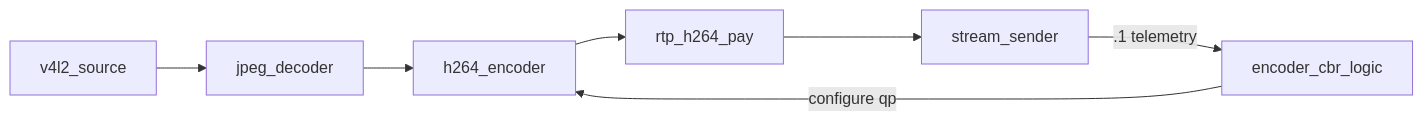
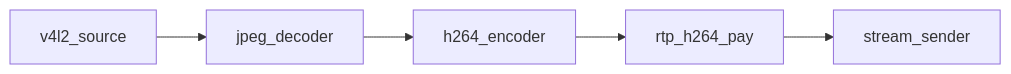
The first of 2 diagrams in docs/pipeline-flow.md (therooftopprinz/vstreamer), drawn with Mermaid before and after one commit. The commit also changed other lines of this file and 65 other files, not shown here.

````diff
--- a/docs/pipeline-flow.md
+++ b/docs/pipeline-flow.md
@@ -7,12 +7,9 @@
 ```mermaid
 flowchart LR
   v4l2[v4l2_source]
   jdec[jpeg_decoder]
   enc[h264_encoder]
   pay[rtp_h264_pay]
   snd[stream_sender]
-  cbr[encoder_cbr_logic]
   v4l2 --> jdec --> enc --> pay --> snd
-  snd -->|".1 telemetry"| cbr
-  cbr -->|configure qp| enc
 ```
````
